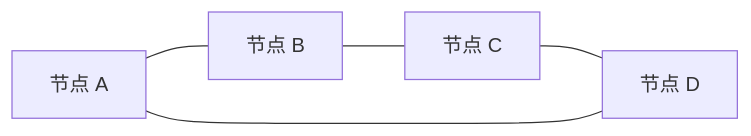
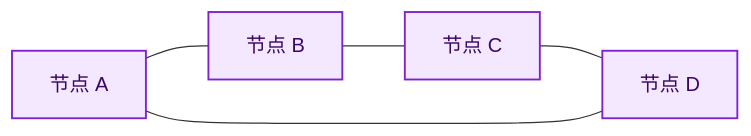
The fourth of 5 diagrams in 01_综合知识/01_计算机系统基础知识/03_计算机网络/08_网络工程与组网/网络拓扑结构.md (74262195/system-architect-notes), drawn with Mermaid before and after one commit. The commit also changed other lines of this file, not shown here.

````diff
--- a/01_综合知识/01_计算机系统基础知识/03_计算机网络/08_网络工程与组网/网络拓扑结构.md
+++ b/01_综合知识/01_计算机系统基础知识/03_计算机网络/08_网络工程与组网/网络拓扑结构.md
@@ -72,7 +119,10 @@
 ```mermaid
+%%{init: {'theme':'base','themeVariables':{'primaryColor':'#EAF3FF','primaryTextColor':'#102A43','primaryBorderColor':'#2563EB','lineColor':'#475569','fontFamily':'-apple-system, BlinkMacSystemFont, "Segoe UI", sans-serif'}}}%%
 flowchart LR
     A[节点 A] --- B[节点 B]
     B --- C[节点 C]
     C --- D[节点 D]
     D --- A
+    classDef ring fill:#F3E8FF,stroke:#7E22CE,color:#3B0764,stroke-width:1.5px
+    class A,B,C,D ring
 ```
````
